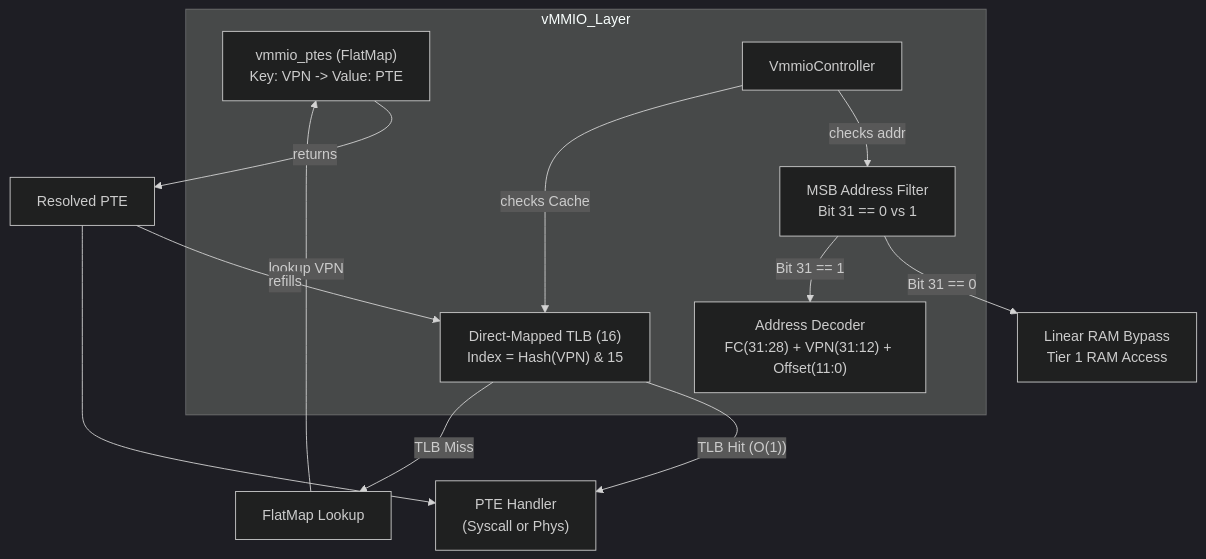
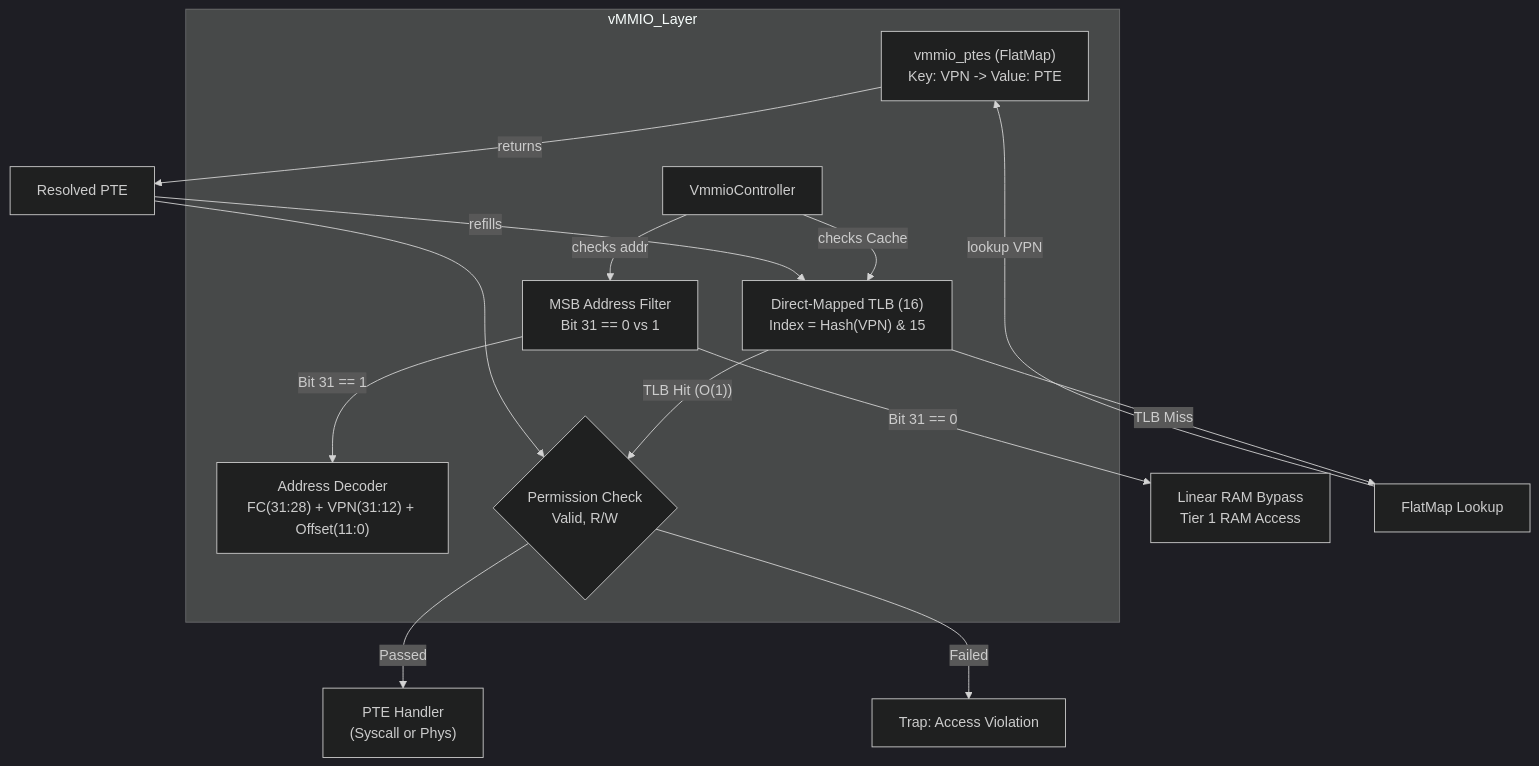
The first of 5 diagrams in docs/components/tier2_runtime/runtime_vmmio.md (kmt-t/fireball), drawn with Mermaid (dark theme) before and after one commit. The commit also changed other lines of this file and 4 other files, not shown here.

Commit message:
fix(docs): harmonize diagrams, formal model, and tests for runtime_vmmio and os_coos

````diff
--- a/docs/components/tier2_runtime/runtime_vmmio.md
+++ b/docs/components/tier2_runtime/runtime_vmmio.md
@@ -62,21 +62,24 @@
 ```mermaid
 graph TD
     subgraph vMMIO_Layer
         Filter["MSB Address Filter<br/>Bit 31 == 0 vs 1"]
         Decoder["Address Decoder<br/>FC(31:28) + VPN(31:12) + Offset(11:0)"]
         FlatMap["vmmio_ptes (FlatMap)<br/>Key: VPN -> Value: PTE"]
         TLB["Direct-Mapped TLB (16)<br/>Index = Hash(VPN) & 15"]
         Controller["VmmioController"]
+        PermGate{"Permission Check<br/>Valid, R/W"}
     end
 
     Controller -- checks addr --> Filter
-    Filter -- Bit 31 == 0 --> Bypass[Linear RAM Bypass\nTier 1 RAM Access]
+    Filter -- Bit 31 == 0 --> Bypass["Linear RAM Bypass<br/>Tier 1 RAM Access"]
     Filter -- Bit 31 == 1 --> Decoder
     Controller -- checks Cache --> TLB
-    TLB -- TLB Hit (O(1)) --> Handler["PTE Handler\n(Syscall or Phys)"]
+    TLB -- TLB Hit (O(1)) --> PermGate
     TLB -- TLB Miss --> Walk[FlatMap Lookup]
     Walk -- lookup VPN --> FlatMap
     FlatMap -- returns --> WalkResult[Resolved PTE]
     WalkResult -- refills --> TLB
-    WalkResult --> Handler
+    WalkResult --> PermGate
+    PermGate -- "Passed" --> Handler["PTE Handler<br/>(Syscall or Phys)"]
+    PermGate -- "Failed" --> Trap["Trap: Access Violation"]
 ```
````
